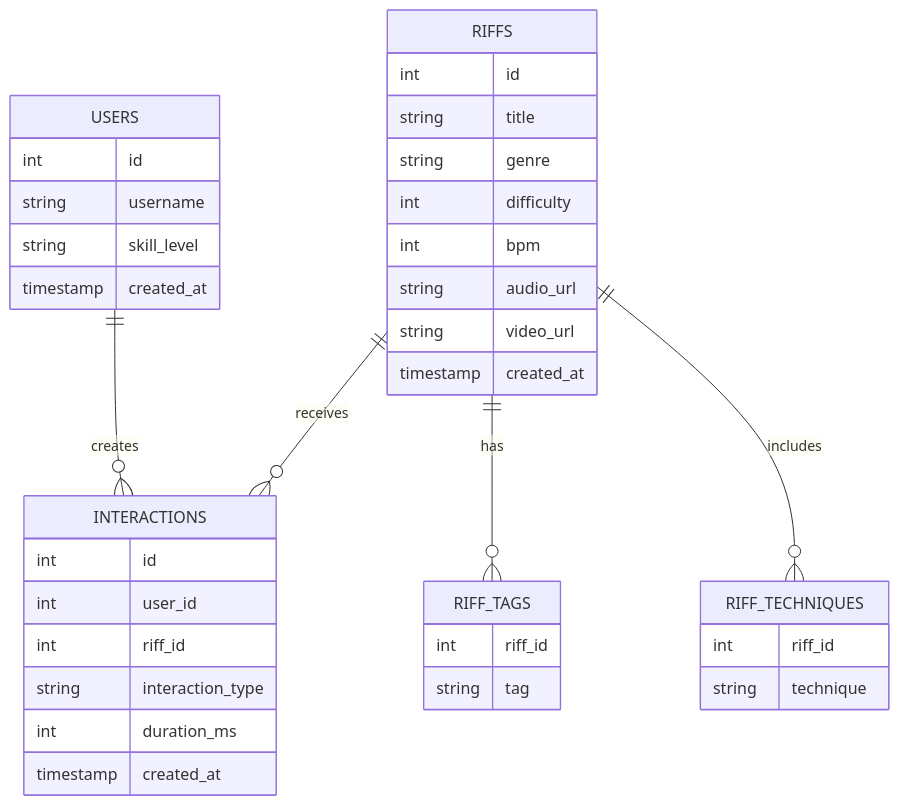
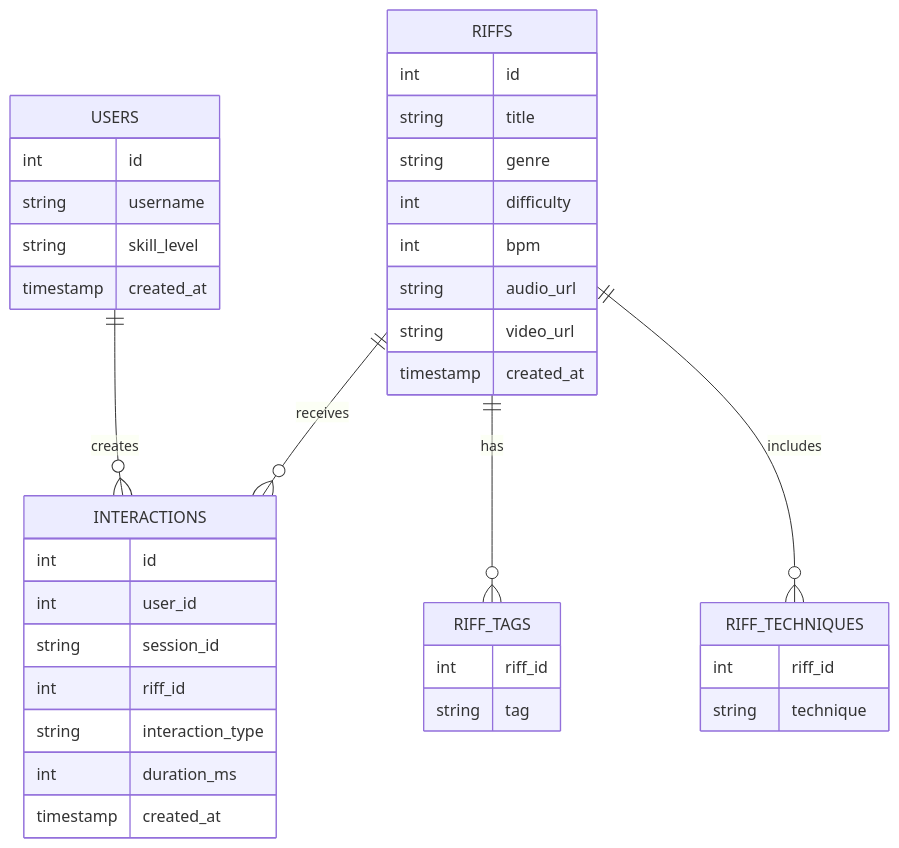
The second of 4 diagrams in README.md (Zachwm/riffly), drawn with Mermaid before and after one commit. The commit also changed other lines of this file, not shown here.

````diff
--- a/README.md
+++ b/README.md
@@ -111,44 +174,45 @@
 ```mermaid
 erDiagram
     USERS {
         int id
         string username
         string skill_level
         timestamp created_at
     }
 
     RIFFS {
         int id
         string title
         string genre
         int difficulty
         int bpm
         string audio_url
         string video_url
         timestamp created_at
     }
 
     INTERACTIONS {
         int id
         int user_id
+        string session_id
         int riff_id
         string interaction_type
         int duration_ms
         timestamp created_at
     }
 
     RIFF_TAGS {
         int riff_id
         string tag
     }
 
     RIFF_TECHNIQUES {
         int riff_id
         string technique
     }
 
     USERS ||--o{ INTERACTIONS : creates
     RIFFS ||--o{ INTERACTIONS : receives
     RIFFS ||--o{ RIFF_TAGS : has
     RIFFS ||--o{ RIFF_TECHNIQUES : includes
 ```
````
